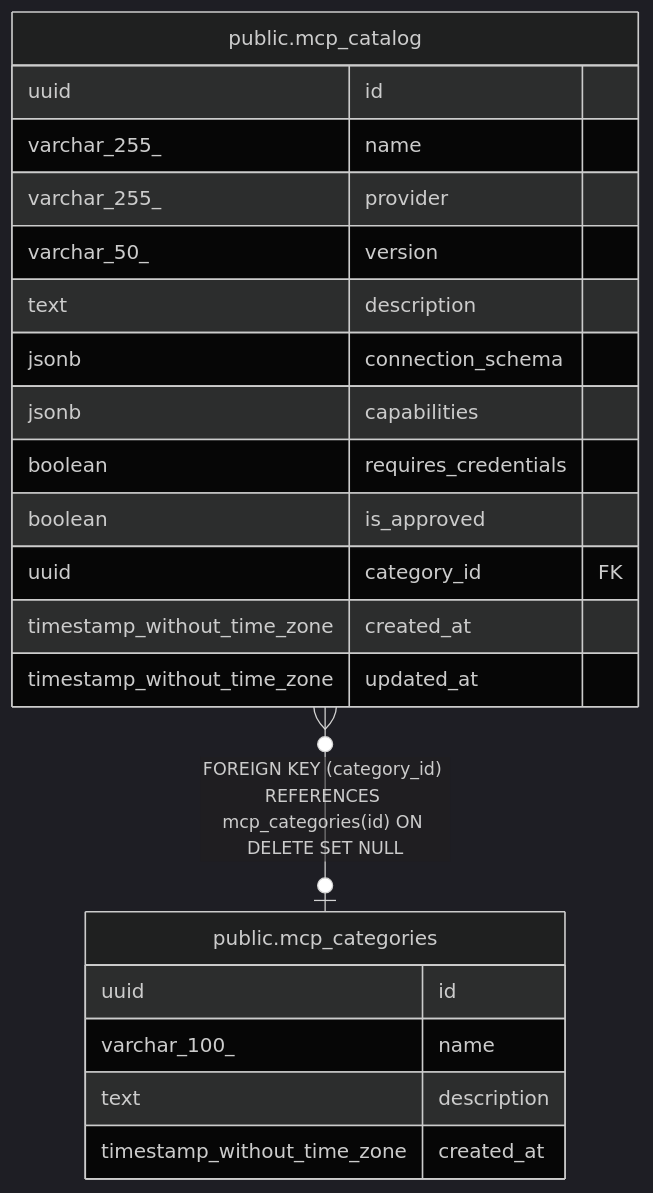
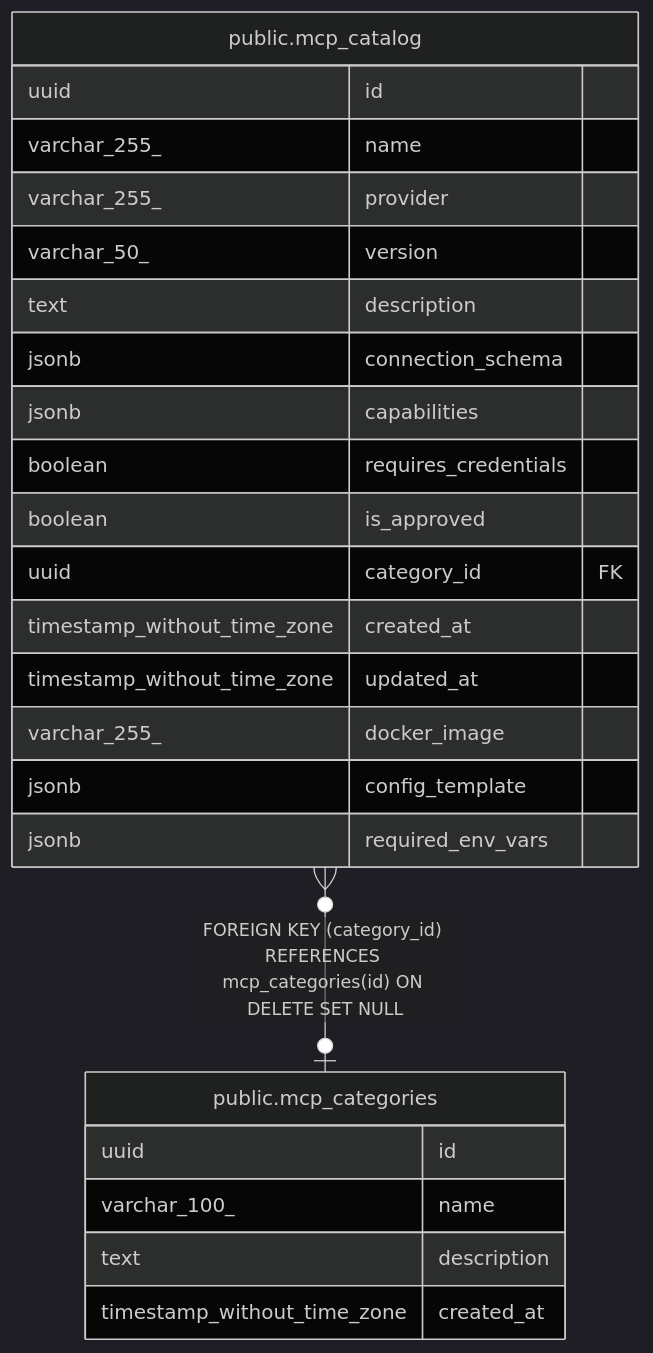
One commit to rastrigin-systems/arfa changed the diagram in docs/public.mcp_categories.md. Above: the diagram before and after it, drawn with Mermaid (dark theme). The commit also changed 33 other files, not shown here.

````diff
--- a/docs/public.mcp_categories.md
+++ b/docs/public.mcp_categories.md
@@ -30,26 +30,29 @@
 ```mermaid
 erDiagram
 
 "public.mcp_catalog" }o--o| "public.mcp_categories" : "FOREIGN KEY (category_id) REFERENCES mcp_categories(id) ON DELETE SET NULL"
 
 "public.mcp_categories" {
   uuid id
   varchar_100_ name
   text description
   timestamp_without_time_zone created_at
 }
 "public.mcp_catalog" {
   uuid id
   varchar_255_ name
   varchar_255_ provider
   varchar_50_ version
   text description
   jsonb connection_schema
   jsonb capabilities
   boolean requires_credentials
   boolean is_approved
   uuid category_id FK
   timestamp_without_time_zone created_at
   timestamp_without_time_zone updated_at
+  varchar_255_ docker_image
+  jsonb config_template
+  jsonb required_env_vars
 }
 ```
````
